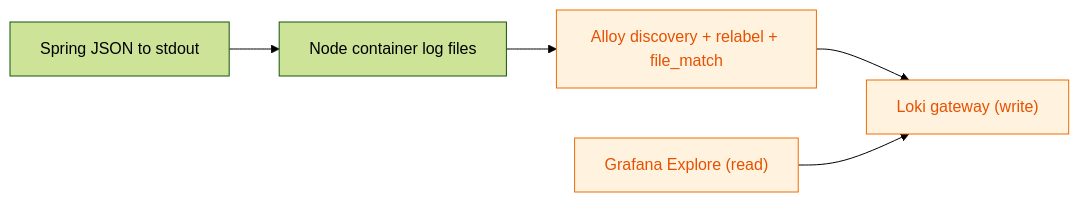
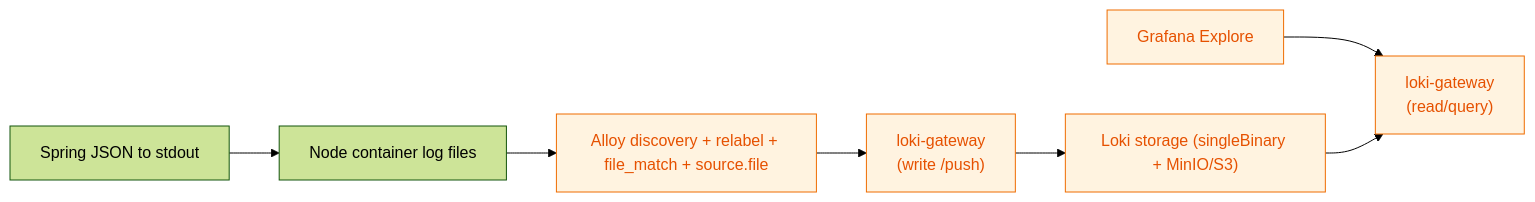
Before and after one commit to mohamad4444/cloud-native-purchase-system: the tenth of 13 diagrams in docs/_drafts/thesis-concepts.md, drawn with Mermaid (forest theme). The commit also changed other lines of this file and 5 other files, not shown here.

Commit message:
docs: correct diagram inaccuracies found in source-code review

````diff
--- a/docs/_drafts/thesis-concepts.md
+++ b/docs/_drafts/thesis-concepts.md
@@ -217,9 +230,11 @@
 ```mermaid
 flowchart LR
   J["Spring JSON to stdout"] --> F["Node container log files"]
-  F --> AL["Alloy discovery + relabel + file_match"]
-  AL --> W["Loki gateway (write)"]
-  G["Grafana Explore (read)"] --> W
+  F --> AL["Alloy discovery + relabel + file_match + source.file"]
+  AL --> GW_W["loki-gateway<br/>(write /push)"]
+  GW_W --> LS["Loki storage (singleBinary + MinIO/S3)"]
+  G["Grafana Explore"] --> GW_R["loki-gateway<br/>(read/query)"]
+  LS --> GW_R
   classDef obs fill:#fff3e0,stroke:#ef6c00,color:#e65100;
-  class AL,W,G obs;
+  class AL,GW_W,LS,GW_R,G obs;
 ```
````
